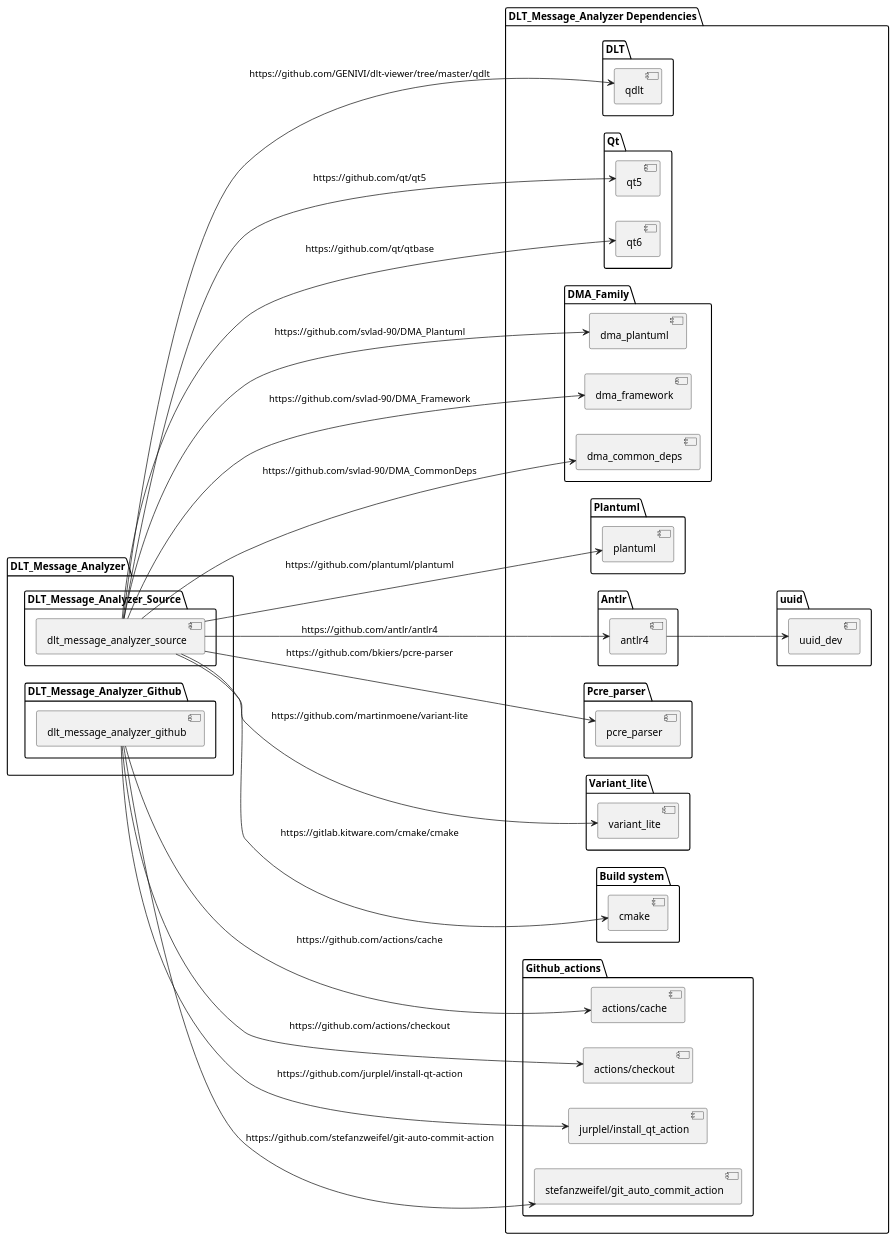
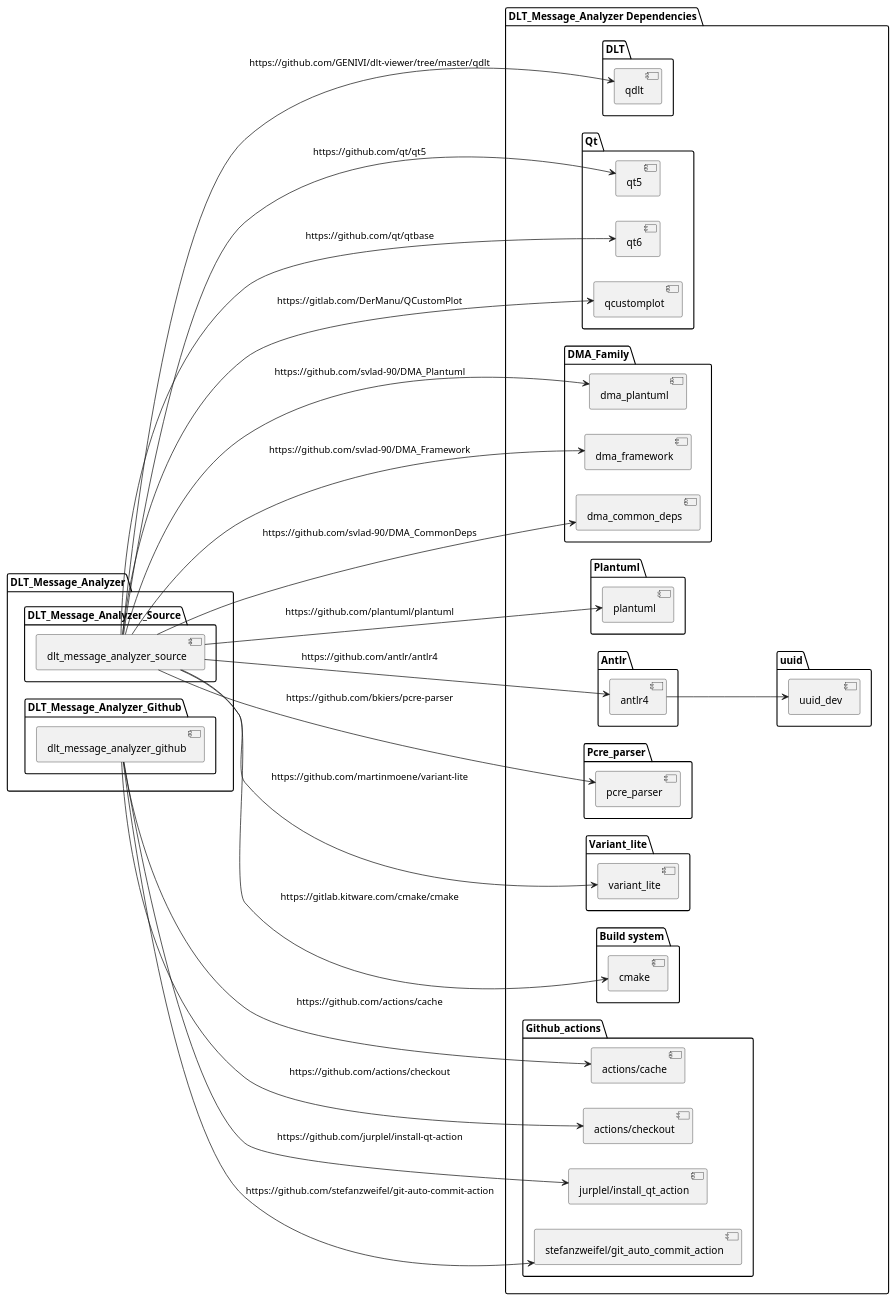
Before and after one commit to svlad-90/DLT-Message-Analyzer: the diagram in md/thirdparty_deps/thirdparty_deps.puml, drawn with PlantUML. The commit also changed 152 other files, not shown here.

First line of the commit message:
[ISSUE #151][DIAGRAM_VIEW] Develop the diagram view

```diff
--- a/md/thirdparty_deps/thirdparty_deps.puml
+++ b/md/thirdparty_deps/thirdparty_deps.puml
@@ -1,83 +1,85 @@
 @startuml
 
 left to right direction
 
 package "DLT_Message_Analyzer" {
     package "DLT_Message_Analyzer_Source" {
         [dlt_message_analyzer_source]
     }
     
     package "DLT_Message_Analyzer_Github" {
         [dlt_message_analyzer_github]
     }
 }
 
 package "DLT_Message_Analyzer Dependencies" {
     package "DLT" {
         [qdlt]
     }
 
     package "Qt" {
         [qt5]
         [qt6]
+        [qcustomplot]
     }
 
     package "DMA_Family" {
         [dma_plantuml]
         [dma_framework]
         [dma_common_deps]
     }
 
     package "Plantuml" {
         [plantuml]
     }
 
     package "Antlr" {
         [antlr4]
     }
     
     package "uuid" {
         [uuid_dev]
     }
 
     package "Pcre_parser" {
         [pcre_parser]
     }
 
     package "Variant_lite" {
         [variant_lite]
     }
 
     package "Github_actions"{
         [actions/cache]
         [actions/checkout]
         [jurplel/install_qt_action]
         [stefanzweifel/git_auto_commit_action]
     }
     
     package "Build system"{
         [cmake]
     }
 }
 
 [dlt_message_analyzer_source] --> [dma_common_deps] : https://github.com/svlad-90/DMA_CommonDeps
 [dlt_message_analyzer_source] --> [dma_framework] : https://github.com/svlad-90/DMA_Framework
 [dlt_message_analyzer_source] --> [dma_plantuml] : https://github.com/svlad-90/DMA_Plantuml
 
 [dlt_message_analyzer_source] --> [qt5] : https://github.com/qt/qt5
 [dlt_message_analyzer_source] --> [qt6] : https://github.com/qt/qtbase
+[dlt_message_analyzer_source] --> [qcustomplot] : https://gitlab.com/DerManu/QCustomPlot
 [dlt_message_analyzer_source] --> [qdlt] : https://github.com/GENIVI/dlt-viewer/tree/master/qdlt
 [dlt_message_analyzer_source] --> [plantuml] : https://github.com/plantuml/plantuml
 [dlt_message_analyzer_source] --> [antlr4] : https://github.com/antlr/antlr4
 [dlt_message_analyzer_source] --> [pcre_parser] : https://github.com/bkiers/pcre-parser
 [dlt_message_analyzer_source] --> [variant_lite] : https://github.com/martinmoene/variant-lite
 [dlt_message_analyzer_source] --> [cmake] : https://gitlab.kitware.com/cmake/cmake
 
 [antlr4] --> [uuid_dev]
 
 [dlt_message_analyzer_github] --> [actions/cache] : https://github.com/actions/cache
 [dlt_message_analyzer_github] --> [actions/checkout] : https://github.com/actions/checkout
 [dlt_message_analyzer_github] --> [jurplel/install_qt_action] : https://github.com/jurplel/install-qt-action
 [dlt_message_analyzer_github] --> [stefanzweifel/git_auto_commit_action] : https://github.com/stefanzweifel/git-auto-commit-action
 
 @enduml
```
